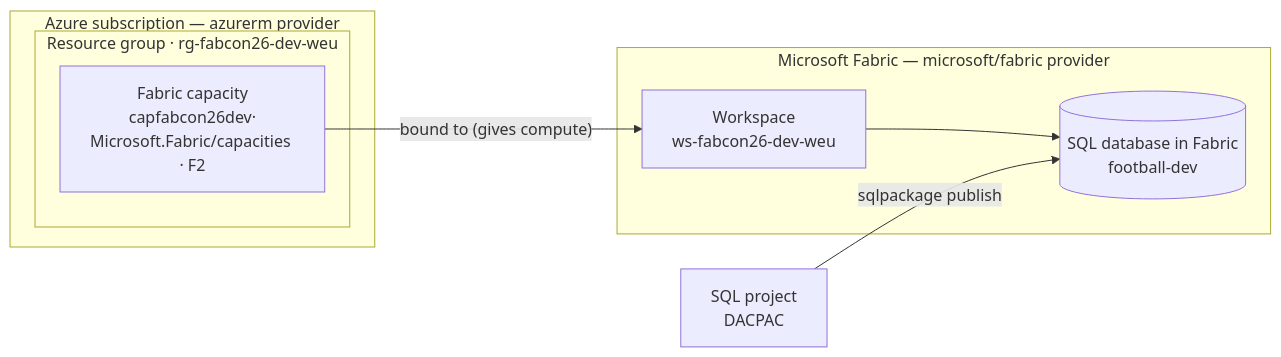
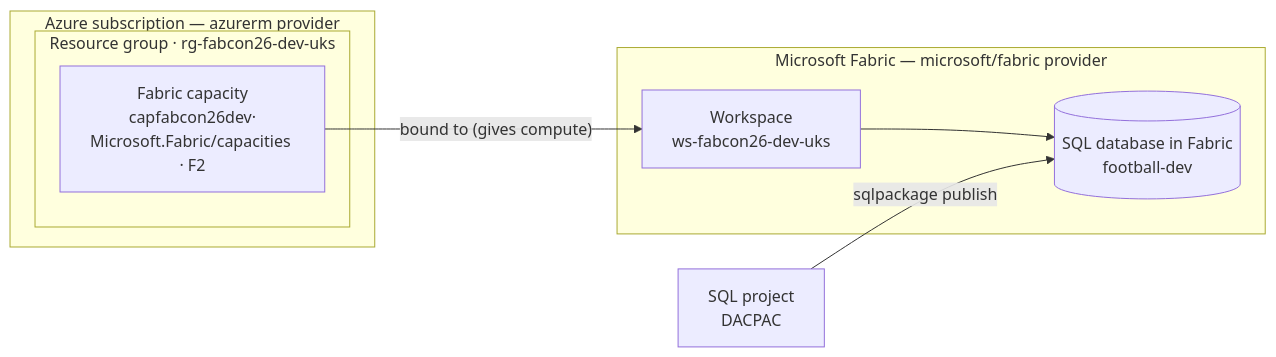
Before and after one commit to ReCyberist/FabConEU_2026_workshop: the diagram in docs/infra/fabric-sql.md, drawn with Mermaid. The commit also changed other lines of this file and 17 other files, not shown here.

````diff
--- a/docs/infra/fabric-sql.md
+++ b/docs/infra/fabric-sql.md
@@ -36,19 +36,19 @@
 ```mermaid
 flowchart LR
     DACPAC["SQL project<br/>DACPAC"]
 
     subgraph SUB["Azure subscription — azurerm provider"]
-        subgraph RG["Resource group · rg-fabcon26-dev-weu"]
+        subgraph RG["Resource group · rg-fabcon26-dev-uks"]
             CAP["Fabric capacity<br/>capfabcon26dev·<br/>Microsoft.Fabric/capacities · F2"]
         end
     end
 
     subgraph FAB["Microsoft Fabric — microsoft/fabric provider"]
-        WS["Workspace<br/>ws-fabcon26-dev-weu"]
+        WS["Workspace<br/>ws-fabcon26-dev-uks"]
         DB[("SQL database in Fabric<br/>football-dev")]
         WS --> DB
     end
 
     CAP -- "bound to (gives compute)" --> WS
     DACPAC -- "sqlpackage publish" --> DB
 ```
````
